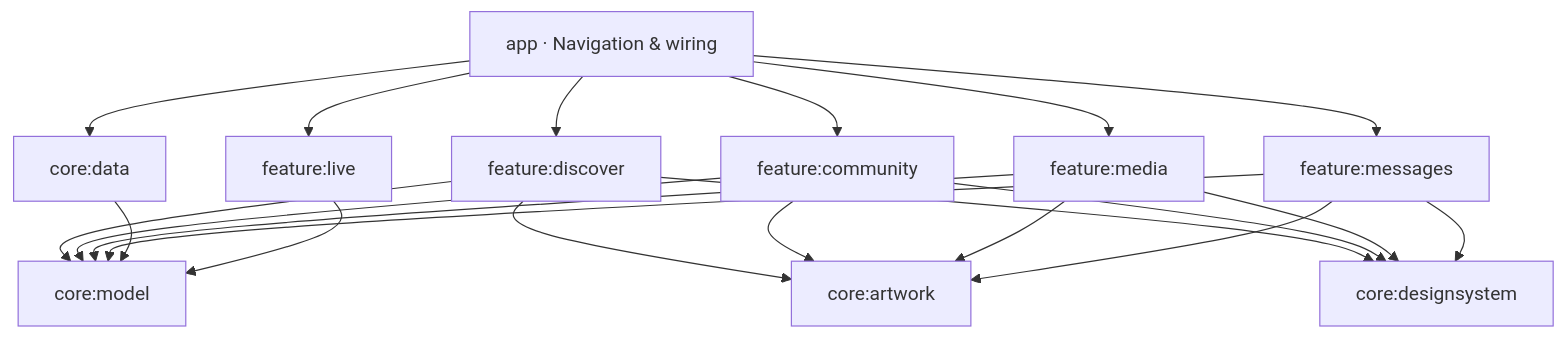
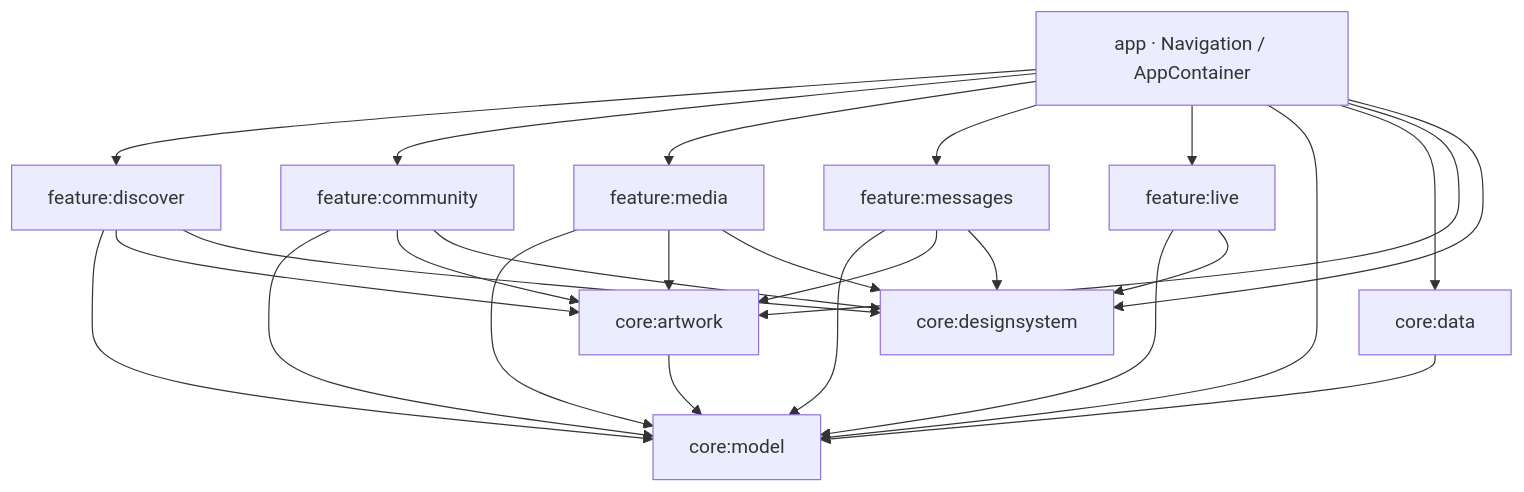
The first of 2 diagrams in docs/architecture.md (CodingBot000/fanstage-android-ai-harness), drawn with Mermaid before and after one commit. The commit also changed other lines of this file and 19 other files, not shown here.

```diff
--- a/docs/architecture.md
+++ b/docs/architecture.md
@@ -10,14 +12,19 @@
 ~~~mermaid
 flowchart TB
-  APP["app · Navigation & wiring"] --> D["feature:discover"]
-  APP --> C["feature:community"]
-  APP --> M["feature:media"]
-  APP --> MSG["feature:messages"]
-  APP --> LIVE["feature:live"]
-  APP --> DATA["core:data"]
-  D & C & M & MSG --> MODEL["core:model"]
-  D & C & M & MSG --> ART["core:artwork"]
-  D & C & M & MSG --> DS["core:designsystem"]
-  DATA --> MODEL
-  LIVE --> MODEL
+    APP["app · Navigation / AppContainer"] --> DISC["feature:discover"]
+    APP --> COMM["feature:community"]
+    APP --> MEDIA["feature:media"]
+    APP --> MSG["feature:messages"]
+    APP --> LIVE["feature:live"]
+    APP --> MODEL["core:model"]
+    APP --> DATA["core:data"]
+    APP --> ART["core:artwork"]
+    APP --> DESIGN["core:designsystem"]
+    DISC & COMM & MEDIA & MSG --> MODEL
+    DISC & COMM & MEDIA & MSG --> ART
+    DISC & COMM & MEDIA & MSG --> DESIGN
+    LIVE --> MODEL
+    LIVE --> DESIGN
+    DATA --> MODEL
+    ART --> MODEL
 ~~~
```
